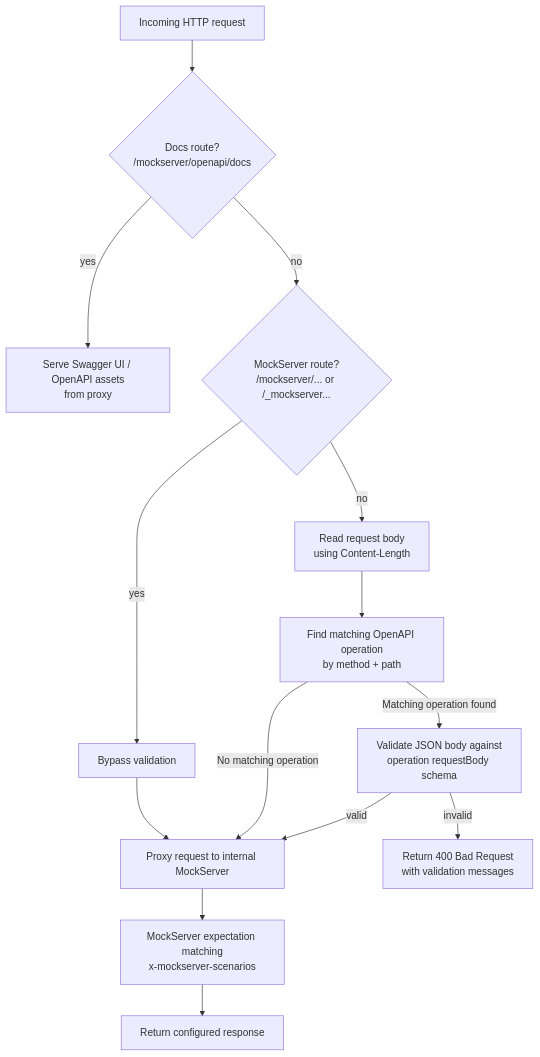
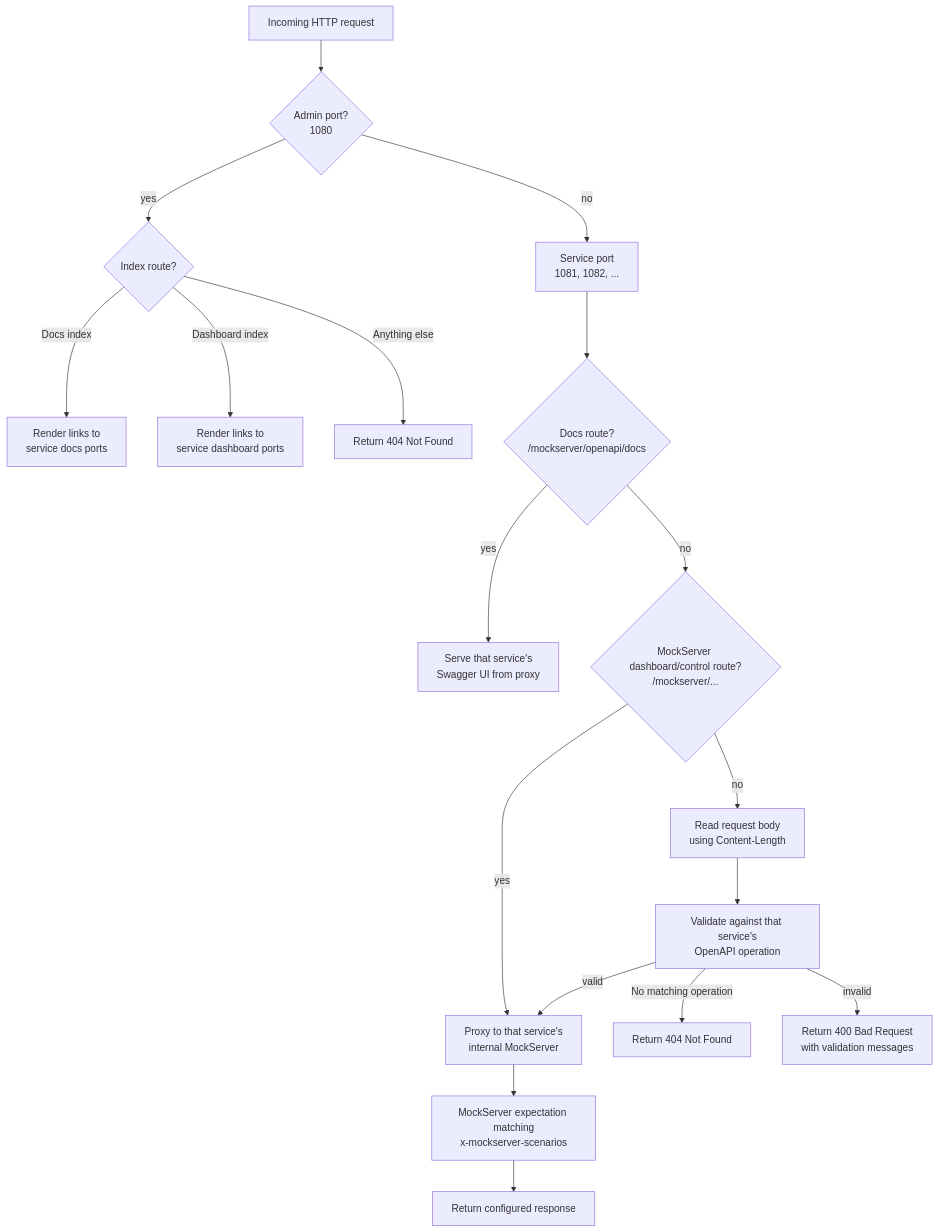
Before and after one commit to bilal-fazlani/mockserver-openapi-scenario-extension: the diagram in README.md, drawn with Mermaid. The commit also changed other lines of this file and 9 other files, not shown here.

Commit message:
Support multi-port service isolation

````diff
--- a/README.md
+++ b/README.md
@@ -110,22 +139,27 @@
 ```mermaid
 flowchart TD
-    A["Incoming HTTP request"] --> B{"Docs route?<br/>/mockserver/openapi/docs"}
+    A["Incoming HTTP request"] --> B{"Admin port?<br/>1080"}
 
-    B -- yes --> C["Serve Swagger UI / OpenAPI assets<br/>from proxy"]
-    B -- no --> D{"MockServer route?<br/>/mockserver/... or /_mockserver..."}
+    B -- yes --> C{"Index route?"}
+    C -- "Docs index" --> D["Render links to<br/>service docs ports"]
+    C -- "Dashboard index" --> E["Render links to<br/>service dashboard ports"]
+    C -- "Anything else" --> F["Return 404 Not Found"]
 
-    D -- yes --> E["Bypass validation"]
-    E --> F["Proxy request to internal MockServer"]
+    B -- no --> G["Service port<br/>1081, 1082, ..."]
+    G --> H{"Docs route?<br/>/mockserver/openapi/docs"}
 
-    D -- no --> G["Read request body<br/>using Content-Length"]
-    G --> H["Find matching OpenAPI operation<br/>by method + path"]
+    H -- yes --> I["Serve that service's<br/>Swagger UI from proxy"]
+    H -- no --> J{"MockServer dashboard/control route?<br/>/mockserver/..."}
 
-    H -- "No matching operation" --> F
-    H -- "Matching operation found" --> I["Validate JSON body against<br/>operation requestBody schema"]
+    J -- yes --> K["Proxy to that service's<br/>internal MockServer"]
+    J -- no --> L["Read request body<br/>using Content-Length"]
 
-    I -- valid --> F
-    I -- invalid --> J["Return 400 Bad Request<br/>with validation messages"]
+    L --> M["Validate against that service's<br/>OpenAPI operation"]
 
-    F --> K["MockServer expectation matching<br/>x-mockserver-scenarios"]
-    K --> L["Return configured response"]
+    M -- "No matching operation" --> N["Return 404 Not Found"]
+    M -- invalid --> O["Return 400 Bad Request<br/>with validation messages"]
+    M -- valid --> K
+
+    K --> P["MockServer expectation matching<br/>x-mockserver-scenarios"]
+    P --> Q["Return configured response"]
 ```
````
